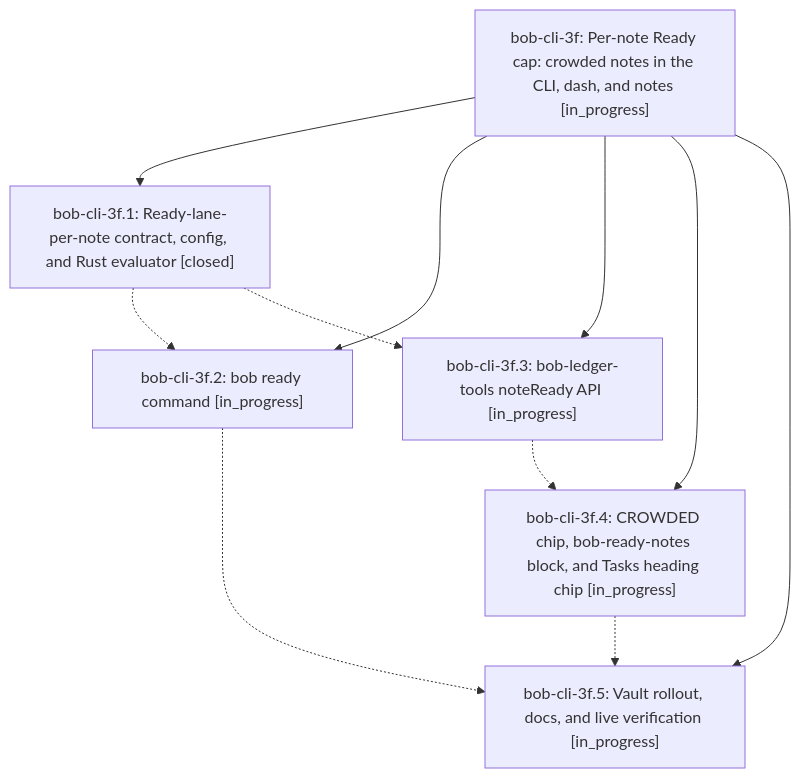
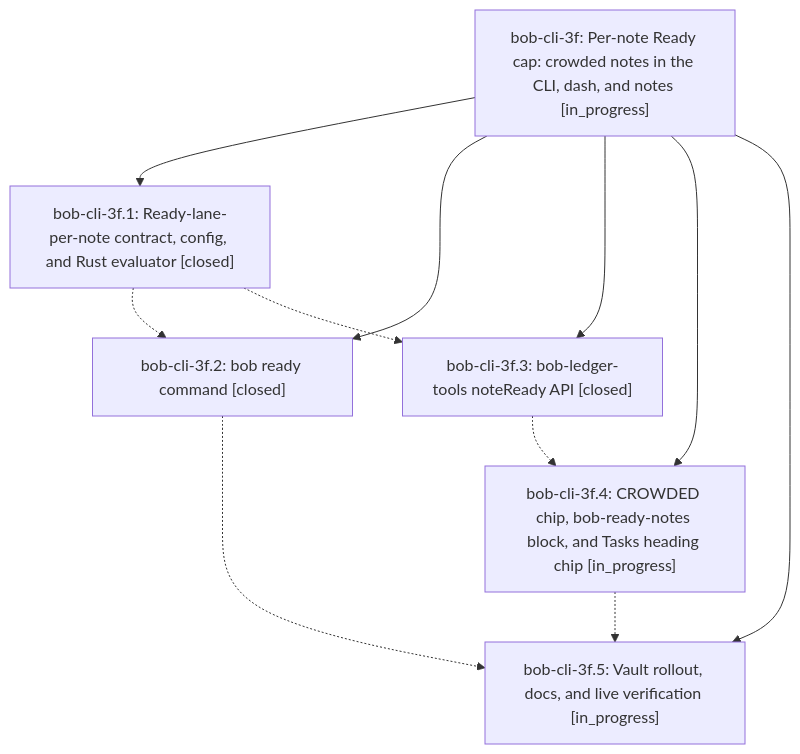
Before and after one commit to bobs-org/bob-cli--beads: the diagram in pages/bob-cli-3f/README.md, drawn with Mermaid. The commit also changed other lines of this file and 5 other files, not shown here.

First line of the commit message:
chore(beads): sync bead state and pages for bob-cli-3f

````diff
--- a/pages/bob-cli-3f/README.md
+++ b/pages/bob-cli-3f/README.md
@@ -26,19 +26,19 @@
 ```mermaid
 flowchart TD
     n0["bob-cli-3f: Per-note Ready cap: crowded notes in the CLI, dash, and notes [in_progress]"]
     n1["bob-cli-3f.1: Ready-lane-per-note contract, config, and Rust evaluator [closed]"]
-    n2["bob-cli-3f.2: bob ready command [in_progress]"]
-    n3["bob-cli-3f.3: bob-ledger-tools noteReady API [in_progress]"]
+    n2["bob-cli-3f.2: bob ready command [closed]"]
+    n3["bob-cli-3f.3: bob-ledger-tools noteReady API [closed]"]
     n4["bob-cli-3f.4: CROWDED chip, bob-ready-notes block, and Tasks heading chip [in_progress]"]
     n5["bob-cli-3f.5: Vault rollout, docs, and live verification [in_progress]"]
     n0 --> n1
     n0 --> n2
     n0 --> n3
     n0 --> n4
     n0 --> n5
     n1 -.-> n2
     n1 -.-> n3
     n2 -.-> n5
     n3 -.-> n4
     n4 -.-> n5
 ```
````
